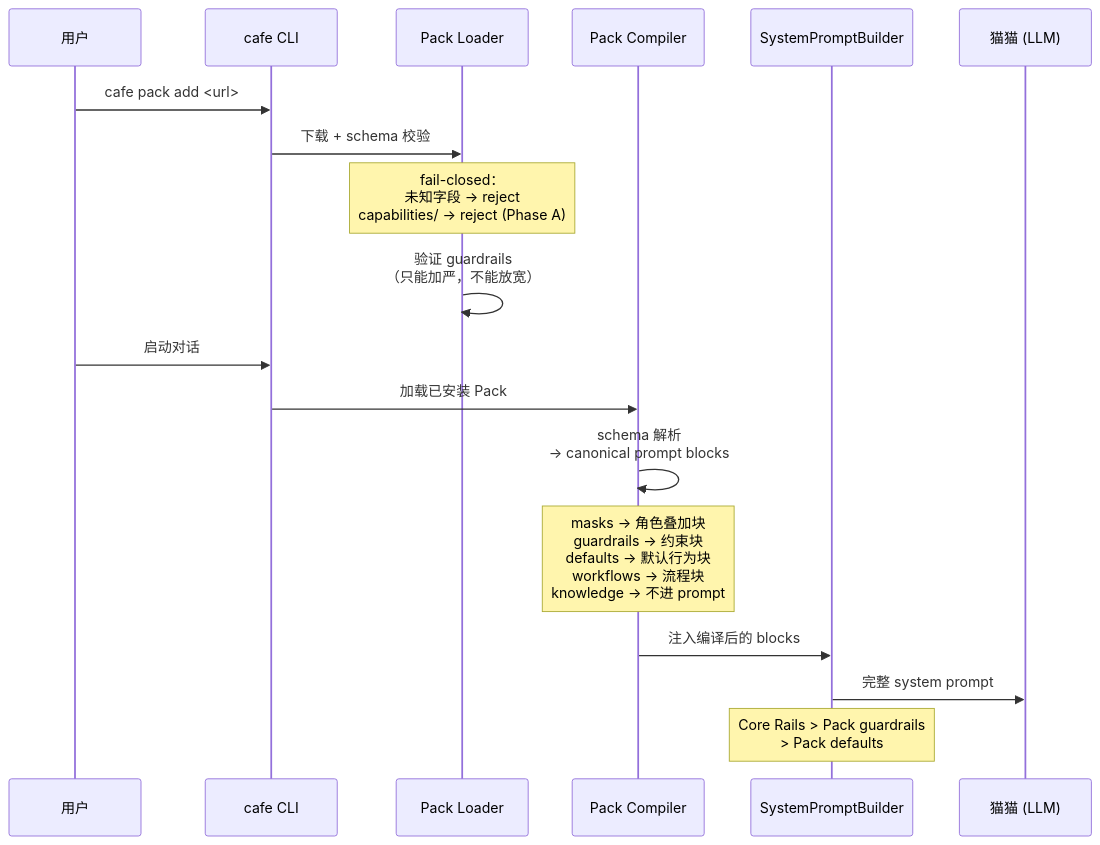
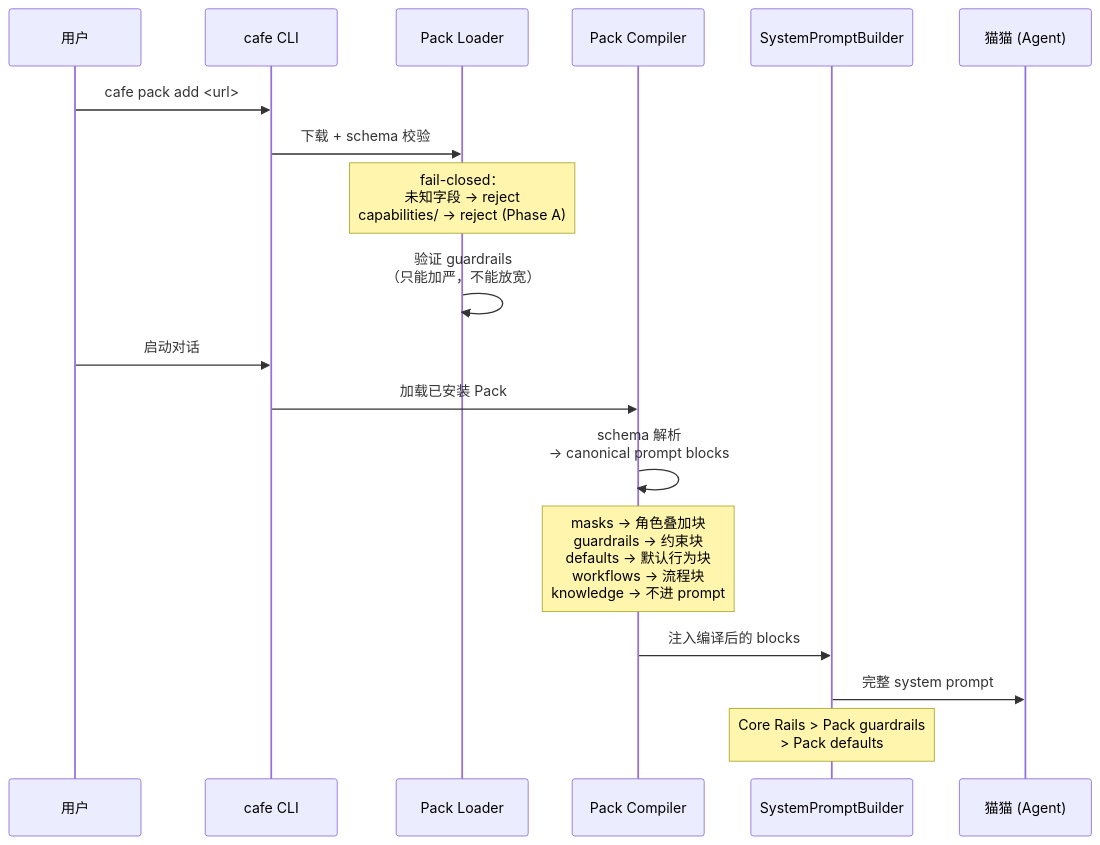
One commit to Moya-Gao/clowder-ai changed the third of 5 diagrams in docs/decisions/021-f129-pack-system-architecture.md. Above: the diagram before and after it, drawn with Mermaid. The commit also changed other lines of this file and 1 other file, not shown here.

Commit message:
docs(F129): resolver terminology llm→agent — multi-agent 架构语义修正
Cat Café 是 multi-agent 架构，世界推进由猫猫 agent 决策，不是裸调 LLM API。
`resolver: code | llm | hybrid` → `resolver: code | agent | hybrid`。
同步更新 F129 spec（6处）+ ADR-021（3处）。

来源：F093 session 跨线程通知（术语对齐）。

[宪宪/Opus-46🐾]

````diff
--- a/docs/decisions/021-f129-pack-system-architecture.md
+++ b/docs/decisions/021-f129-pack-system-architecture.md
@@ -138,24 +138,24 @@
 ```mermaid
 sequenceDiagram
     participant User as 用户
     participant CLI as cafe CLI
     participant Loader as Pack Loader
     participant Compiler as Pack Compiler
     participant SPB as SystemPromptBuilder
-    participant LLM as 猫猫 (LLM)
+    participant Agent as 猫猫 (Agent)
 
     User->>CLI: cafe pack add <url>
     CLI->>Loader: 下载 + schema 校验
     Note over Loader: fail-closed：<br/>未知字段 → reject<br/>capabilities/ → reject (Phase A)
 
     Loader->>Loader: 验证 guardrails<br/>（只能加严，不能放宽）
 
     User->>CLI: 启动对话
     CLI->>Compiler: 加载已安装 Pack
     Compiler->>Compiler: schema 解析<br/>→ canonical prompt blocks
     Note over Compiler: masks → 角色叠加块<br/>guardrails → 约束块<br/>defaults → 默认行为块<br/>workflows → 流程块<br/>knowledge → 不进 prompt
 
     Compiler->>SPB: 注入编译后的 blocks
-    SPB->>LLM: 完整 system prompt
+    SPB->>Agent: 完整 system prompt
     Note over SPB: Core Rails > Pack guardrails<br/>> Pack defaults
 ```
````
